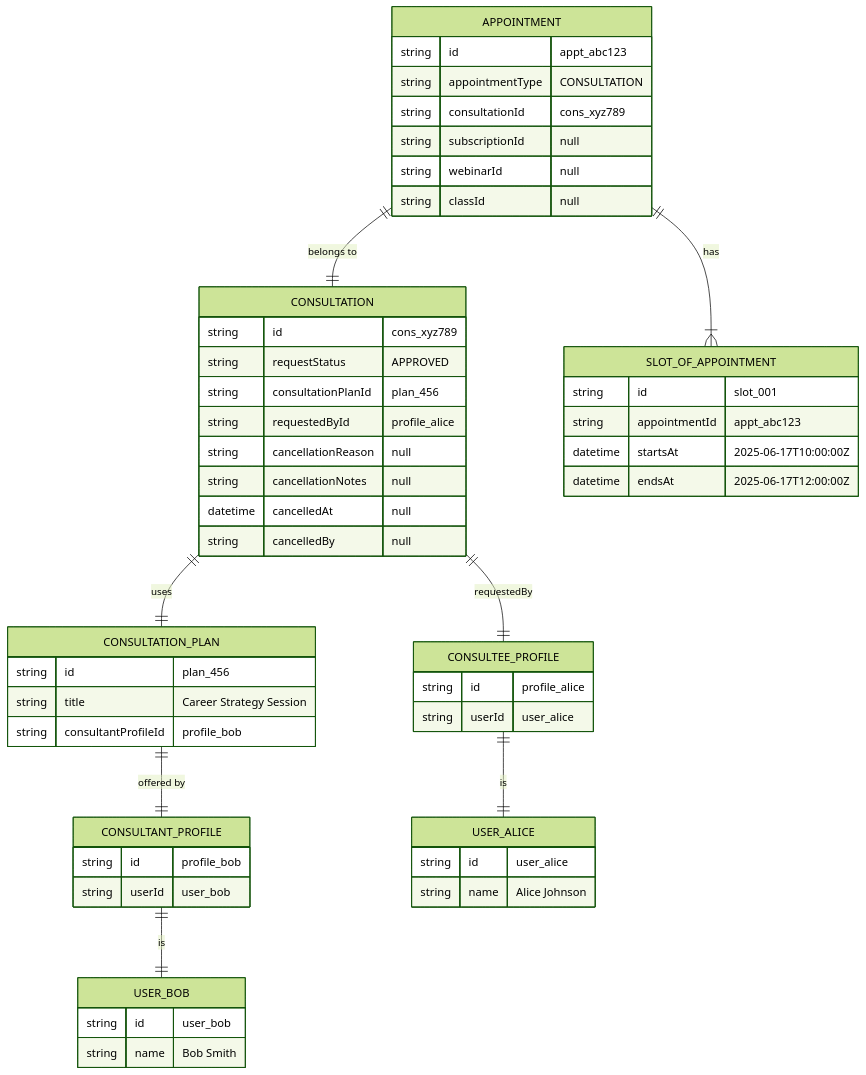
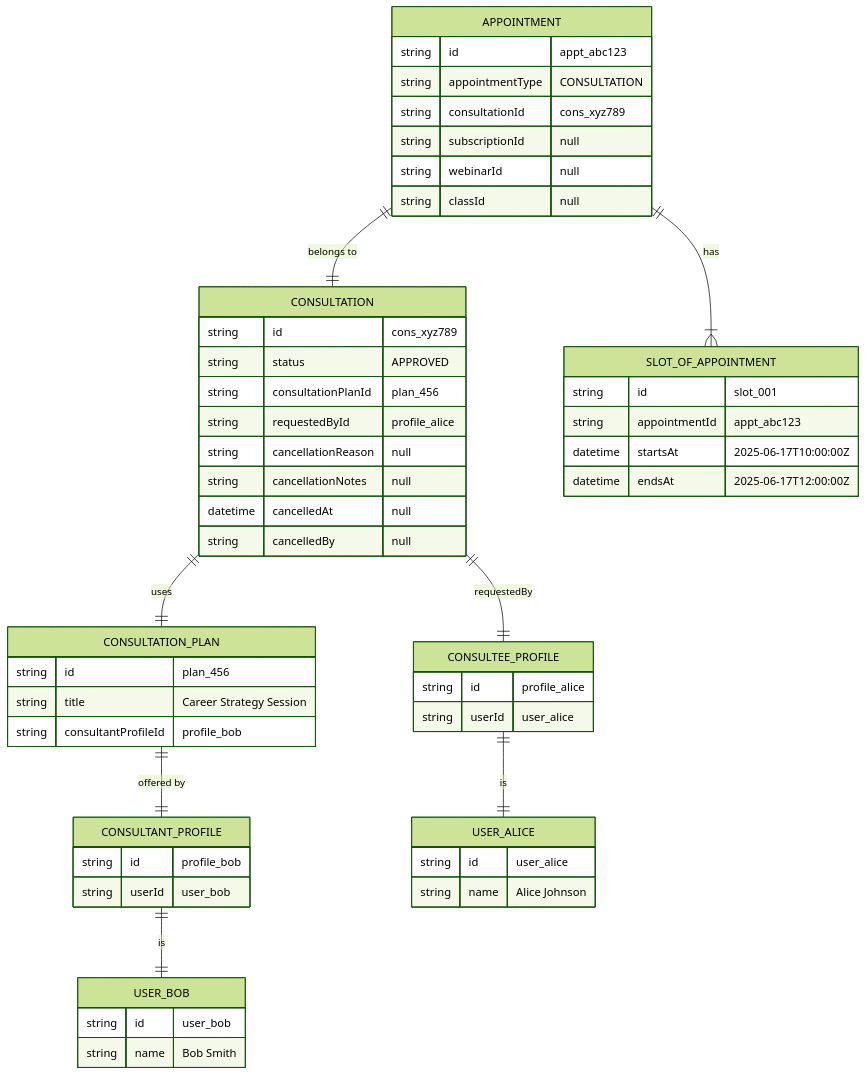
One commit to Practitionist/familiarise_web changed the fourth of 15 diagrams in docs/booking/08-cancellation-flow.md. Above: the diagram before and after it, drawn with Mermaid (forest theme). The commit also changed other lines of this file and 56 other files, not shown here.

````diff
--- a/docs/booking/08-cancellation-flow.md
+++ b/docs/booking/08-cancellation-flow.md
@@ -304,63 +304,63 @@
 ```mermaid
 erDiagram
     APPOINTMENT {
         string id "appt_abc123"
         string appointmentType "CONSULTATION"
         string consultationId "cons_xyz789"
         string subscriptionId "null"
         string webinarId "null"
         string classId "null"
     }
 
     CONSULTATION {
         string id "cons_xyz789"
-        string requestStatus "APPROVED"
+        string status "APPROVED"
         string consultationPlanId "plan_456"
         string requestedById "profile_alice"
         string cancellationReason "null"
         string cancellationNotes "null"
         datetime cancelledAt "null"
         string cancelledBy "null"
     }
 
     CONSULTATION_PLAN {
         string id "plan_456"
         string title "Career Strategy Session"
         string consultantProfileId "profile_bob"
     }
 
     SLOT_OF_APPOINTMENT {
         string id "slot_001"
         string appointmentId "appt_abc123"
         datetime startsAt "2025-06-17T10:00:00Z"
         datetime endsAt "2025-06-17T12:00:00Z"
     }
 
     CONSULTEE_PROFILE {
         string id "profile_alice"
         string userId "user_alice"
     }
 
     CONSULTANT_PROFILE {
         string id "profile_bob"
         string userId "user_bob"
     }
 
     USER_ALICE {
         string id "user_alice"
         string name "Alice Johnson"
     }
 
     USER_BOB {
         string id "user_bob"
         string name "Bob Smith"
     }
 
     APPOINTMENT ||--|| CONSULTATION : "belongs to"
     APPOINTMENT ||--|{ SLOT_OF_APPOINTMENT : "has"
     CONSULTATION ||--|| CONSULTATION_PLAN : "uses"
     CONSULTATION ||--|| CONSULTEE_PROFILE : "requestedBy"
     CONSULTATION_PLAN ||--|| CONSULTANT_PROFILE : "offered by"
     CONSULTEE_PROFILE ||--|| USER_ALICE : "is"
     CONSULTANT_PROFILE ||--|| USER_BOB : "is"
 ```
````
